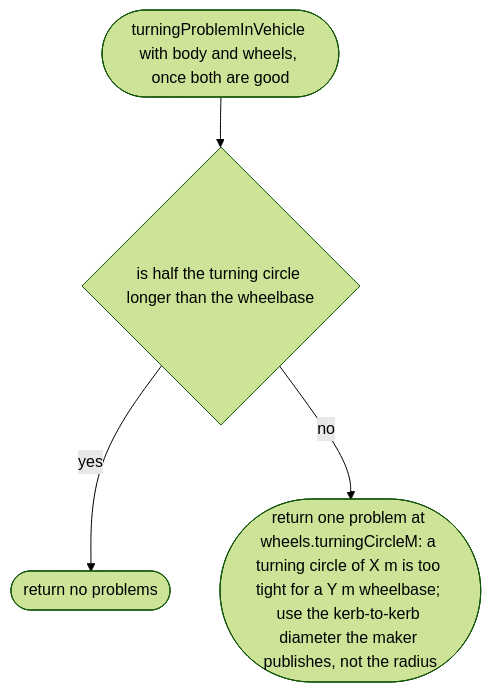
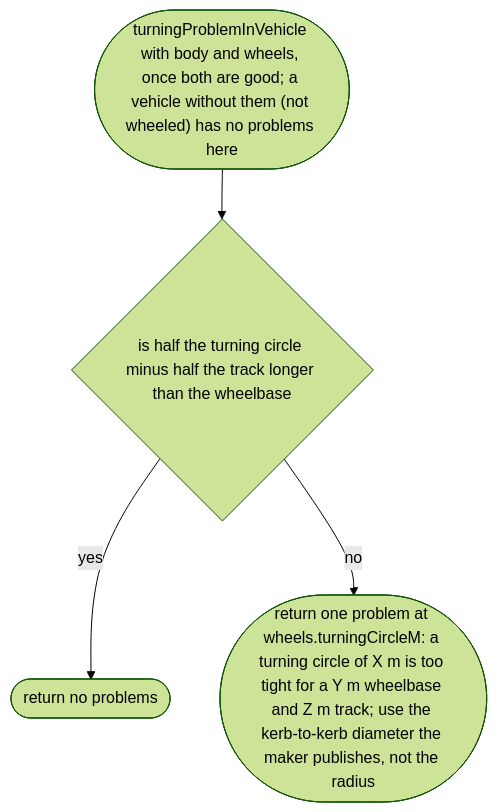
One commit to NewDara-Star/world-engine changed the fifth of 8 diagrams in docs/designs/src/place/vehicle.md. Above: the diagram before and after it, drawn with Mermaid (forest theme). The commit also changed other lines of this file and 41 other files, not shown here.

````diff
--- a/docs/designs/src/place/vehicle.md
+++ b/docs/designs/src/place/vehicle.md
@@ -83,10 +100,10 @@
 ```mermaid
 flowchart TD
-  s(["turningProblemInVehicle with body and wheels, once both are good"])
-  a{"is half the turning circle longer than the wheelbase"}
+  s(["turningProblemInVehicle with body and wheels, once both are good; a vehicle without them (not wheeled) has no problems here"])
+  a{"is half the turning circle minus half the track longer than the wheelbase"}
   b(["return no problems"])
-  c(["return one problem at wheels.turningCircleM: a turning circle of X m is too tight for a Y m wheelbase; use the kerb-to-kerb diameter the maker publishes, not the radius"])
+  c(["return one problem at wheels.turningCircleM: a turning circle of X m is too tight for a Y m wheelbase and Z m track; use the kerb-to-kerb diameter the maker publishes, not the radius"])
   s --> a
   a -->|"yes"| b
   a -->|"no"| c
 ```
````
